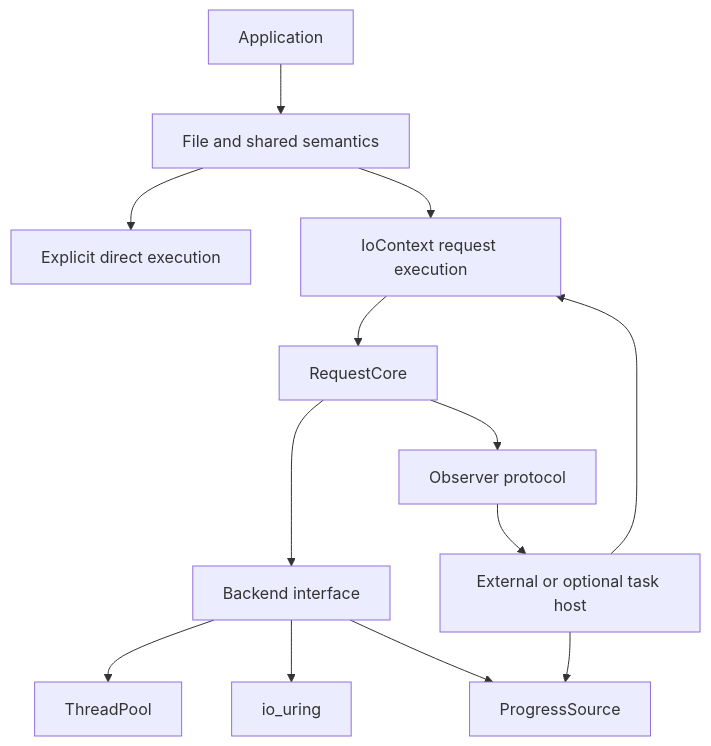
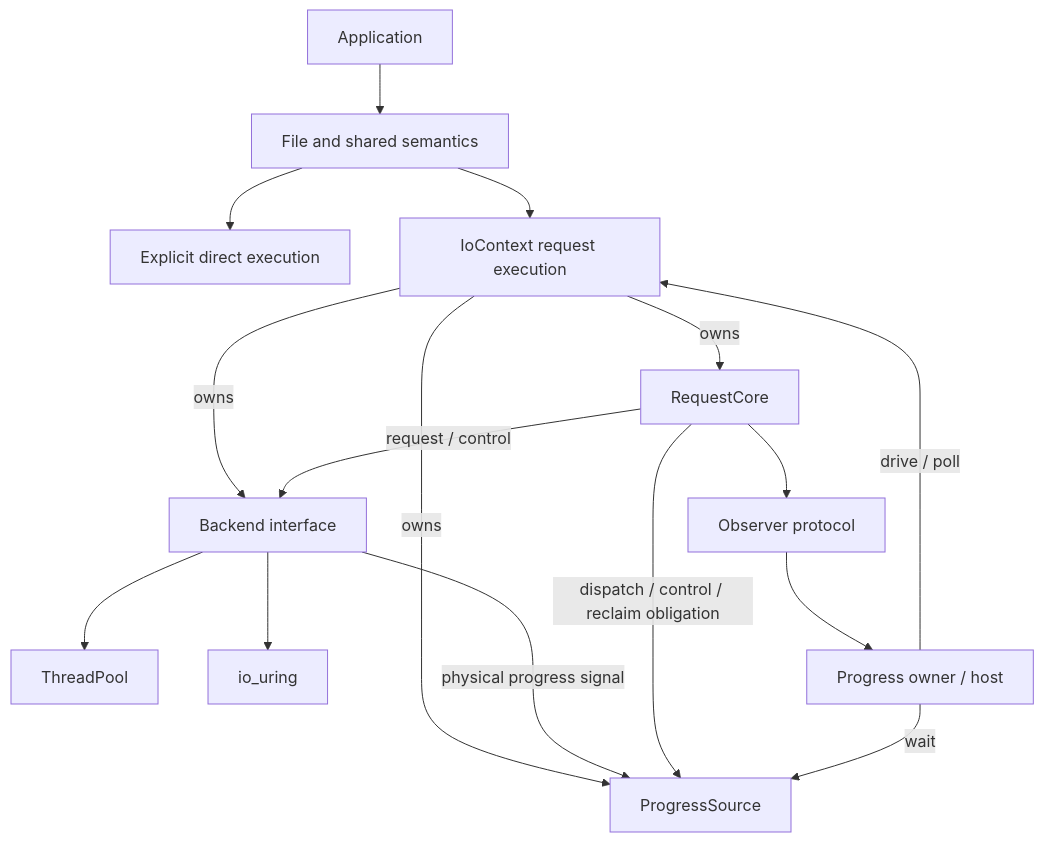
Before and after one commit to jnhu76/Sluice: the first of 4 diagrams in docs/explicit-io-v1-final-decision.md, drawn with Mermaid. The commit also changed other lines of this file and 1 other file, not shown here.

First line of the commit message:
docs: correct v1-r3 resize durability and progress ownership

````diff
--- a/docs/explicit-io-v1-final-decision.md
+++ b/docs/explicit-io-v1-final-decision.md
@@ -182,15 +182,18 @@
 ```mermaid
 flowchart TD
     APP["Application"] --> FILE["File and shared semantics"]
     FILE --> DIRECT["Explicit direct execution"]
     FILE --> IOC["IoContext request execution"]
-    IOC --> CORE["RequestCore"]
-    CORE --> BACKEND["Backend interface"]
+    IOC -->|"owns"| CORE["RequestCore"]
+    IOC -->|"owns"| BACKEND["Backend interface"]
+    IOC -->|"owns"| PROGRESS["ProgressSource"]
+    CORE -->|"request / control"| BACKEND
     BACKEND --> TP["ThreadPool"]
     BACKEND --> UR["io_uring"]
-    BACKEND --> PROGRESS["ProgressSource"]
-    HOST["External or optional task host"] --> IOC
-    HOST --> PROGRESS
+    BACKEND -->|"physical progress signal"| PROGRESS
+    CORE -->|"dispatch / control / reclaim obligation"| PROGRESS
+    HOST["Progress owner / host"] -->|"drive / poll"| IOC
+    HOST -->|"wait"| PROGRESS
     CORE --> OBS["Observer protocol"]
     OBS --> HOST
 ```
````
